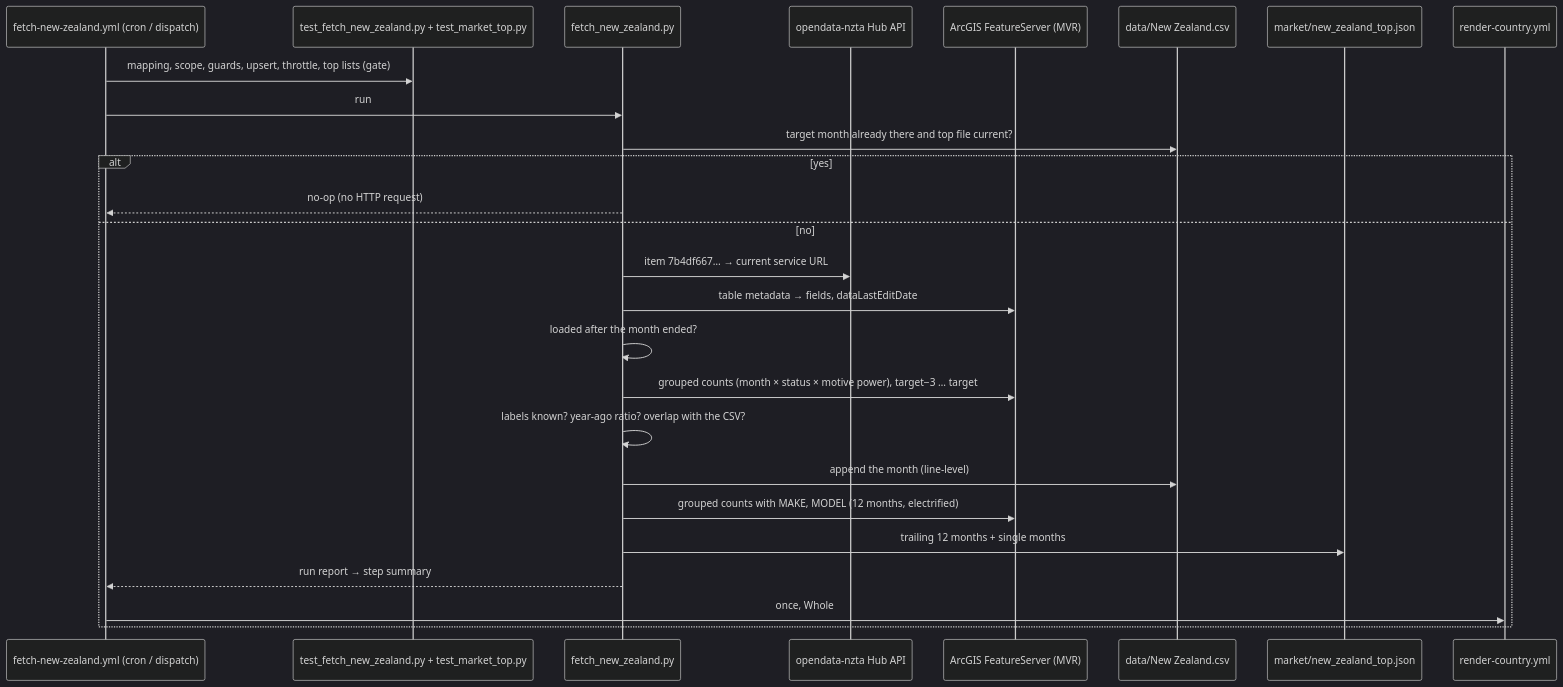
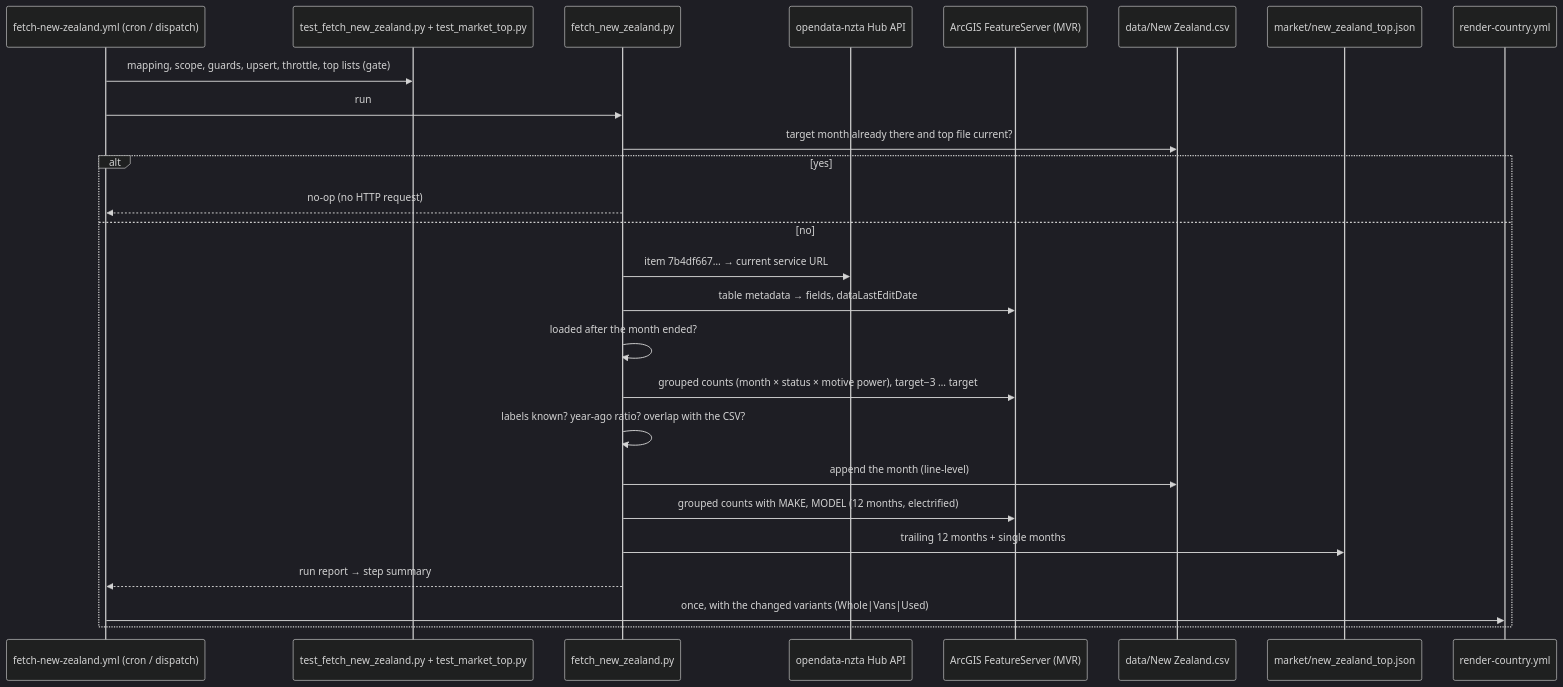
The diagram in docs/architecture/19-source-new-zealand.md (LeRaffl/LeRaffl-Gallery), drawn with Mermaid (dark theme) before and after one commit. The commit also changed other lines of this file and 10 other files, not shown here.

First line of the commit message:
feat: New Zealand Vans and Used variants from the NZTA register

````diff
--- a/docs/architecture/19-source-new-zealand.md
+++ b/docs/architecture/19-source-new-zealand.md
@@ -251,28 +284,28 @@
 ```mermaid
 sequenceDiagram
     participant Cron as fetch-new-zealand.yml (cron / dispatch)
     participant Test as test_fetch_new_zealand.py + test_market_top.py
     participant Py as fetch_new_zealand.py
     participant Hub as opendata-nzta Hub API
     participant FS as ArcGIS FeatureServer (MVR)
     participant CSV as data/New Zealand.csv
     participant Top as market/new_zealand_top.json
     participant Render as render-country.yml
     Cron->>Test: mapping, scope, guards, upsert, throttle, top lists (gate)
     Cron->>Py: run
     Py->>CSV: target month already there and top file current?
     alt yes
         Py-->>Cron: no-op (no HTTP request)
     else no
         Py->>Hub: item 7b4df667… → current service URL
         Py->>FS: table metadata → fields, dataLastEditDate
         Py->>Py: loaded after the month ended?
         Py->>FS: grouped counts (month × status × motive power), target−3 … target
         Py->>Py: labels known? year-ago ratio? overlap with the CSV?
         Py->>CSV: append the month (line-level)
         Py->>FS: grouped counts with MAKE, MODEL (12 months, electrified)
         Py->>Top: trailing 12 months + single months
         Py-->>Cron: run report → step summary
-        Cron->>Render: once, Whole
+        Cron->>Render: once, with the changed variants (Whole|Vans|Used)
     end
 ```
````
